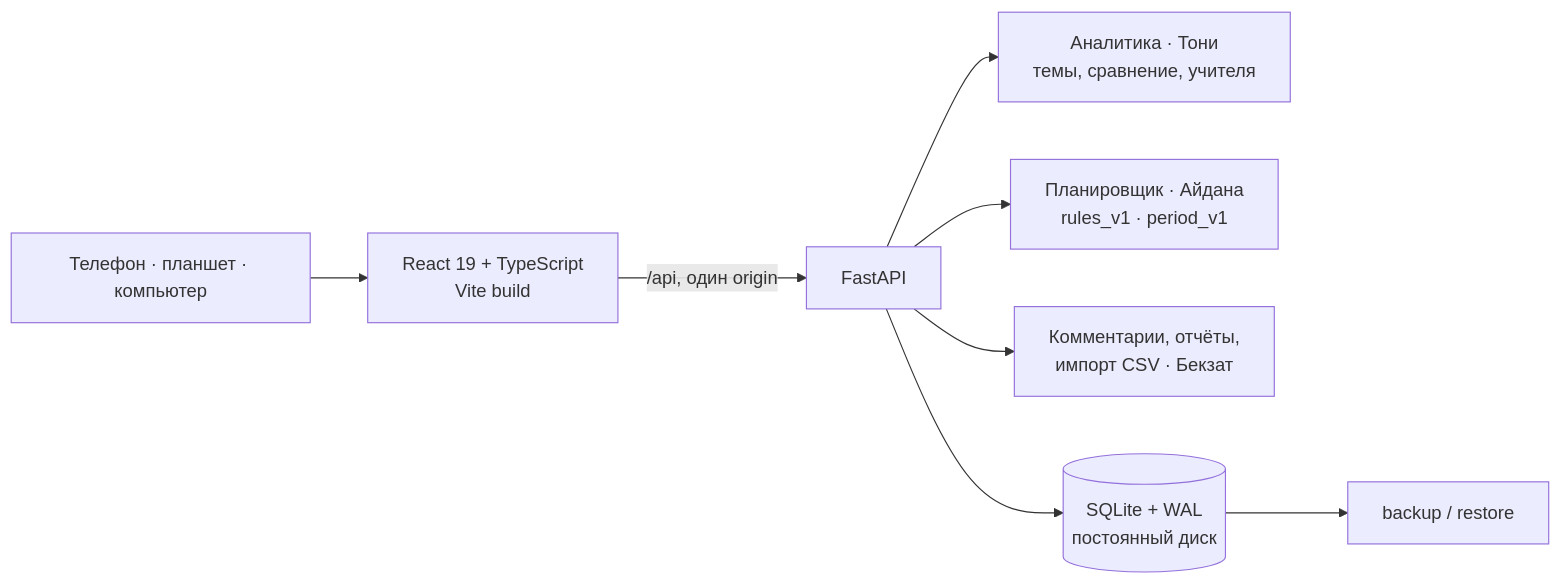
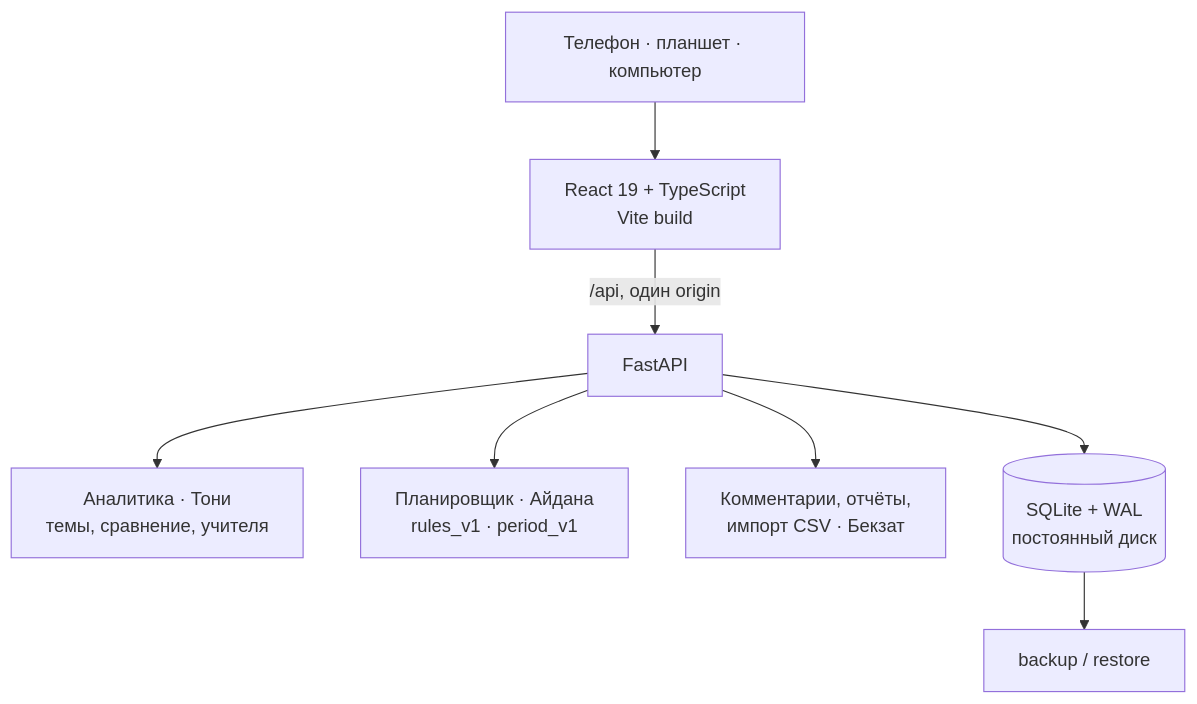
Before and after one commit to bekzatwr/data-driven-curriculum: the diagram in README.md, drawn with Mermaid.

Commit message:
docs: vertical architecture diagram so GitHub renders it whole

````diff
--- a/README.md
+++ b/README.md
@@ -140,10 +140,10 @@
 ```mermaid
-flowchart LR
+flowchart TB
     U["Телефон · планшет · компьютер"] --> W["React 19 + TypeScript<br/>Vite build"]
     W -->|"/api, один origin"| A["FastAPI"]
     A --> T["Аналитика · Тони<br/>темы, сравнение, учителя"]
     A --> P["Планировщик · Айдана<br/>rules_v1 · period_v1"]
     A --> C["Комментарии, отчёты,<br/>импорт CSV · Бекзат"]
     A --> D[("SQLite + WAL<br/>постоянный диск")]
     D --> B["backup / restore"]
 ```
````
